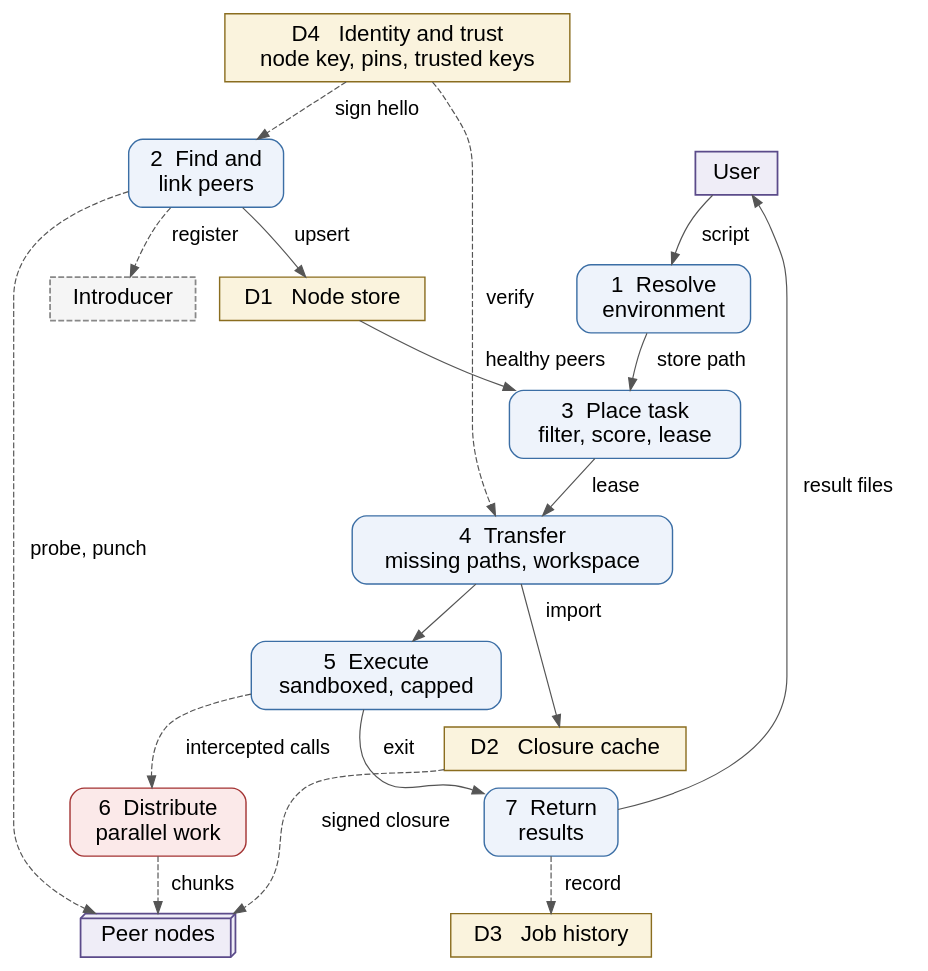
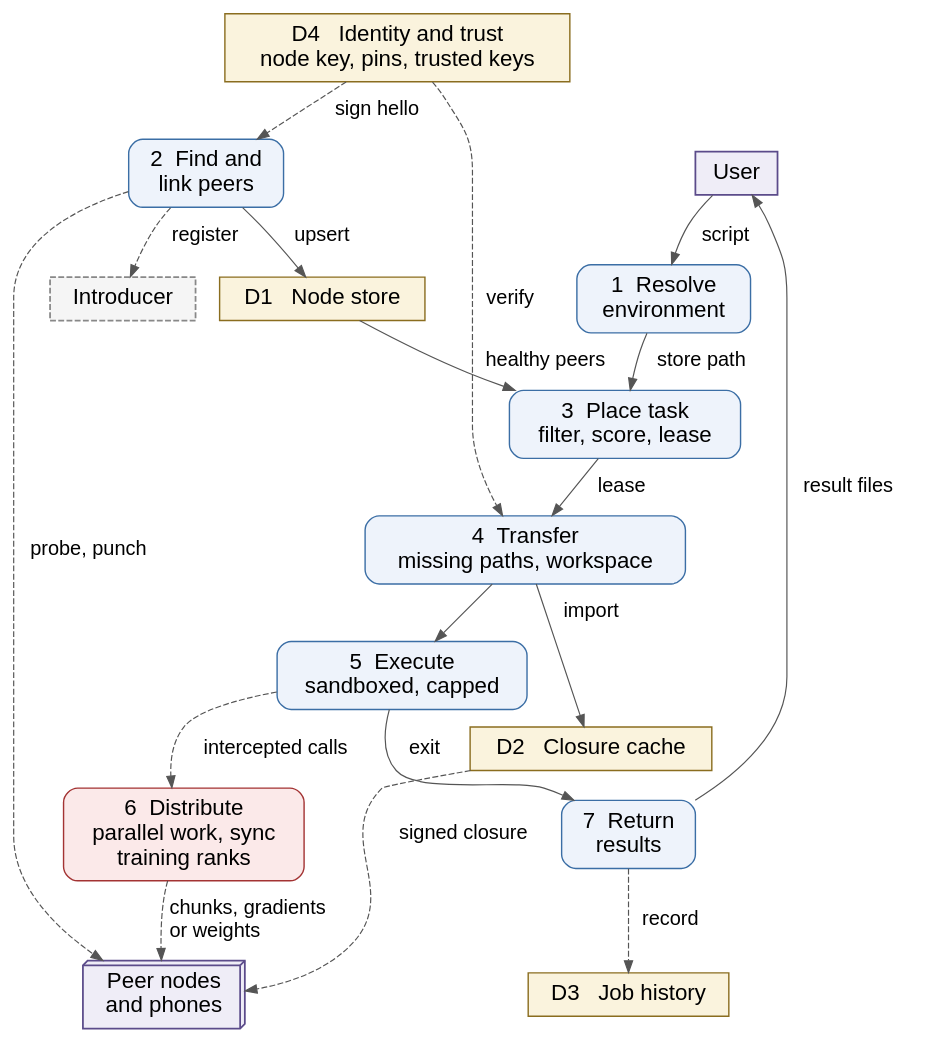
One commit to vinayakyadav2709/Pipedpeer changed the diagram in docs/diagrams/src/fig_3.3_dfd_level1.dot. Above: the diagram before and after it, drawn with Graphviz. The commit also changed 28 other files, not shown here.

```diff
--- a/docs/diagrams/src/fig_3.3_dfd_level1.dot
+++ b/docs/diagrams/src/fig_3.3_dfd_level1.dot
@@ -1,49 +1,49 @@
 // Figure 3.3 - Level 1 DFD (decomposition of the daemon).
 // Process 6 is placed before 7 so the numbering matches the reading order, and
 // the peer-facing edges leave from the right so none has to double back.
 digraph DFD1 {
   rankdir=TB; bgcolor="white"; nodesep=0.28; ranksep=0.42;
   node [fontname="Helvetica", fontsize=19, shape=box, style="rounded,filled",
         fillcolor="#eef3fb", color="#3b6ea5", penwidth=1.2, margin="0.18,0.11"];
   edge [fontname="Helvetica", fontsize=17, color="#555555"];
 
   user  [label="User", shape=box, style=filled, fillcolor="#efedf7", color="#5b4b8a", penwidth=1.5];
-  peers [label="Peer nodes", shape=box3d, style=filled, fillcolor="#efedf7", color="#5b4b8a", penwidth=1.5];
+  peers [label="Peer nodes\nand phones", shape=box3d, style=filled, fillcolor="#efedf7", color="#5b4b8a", penwidth=1.5];
   intro [label="Introducer", shape=box, style="filled,dashed", fillcolor="#f5f5f5", color="#888888", penwidth=1.5];
 
   p1 [label="1  Resolve\nenvironment"];
   p2 [label="2  Find and\nlink peers"];
   p3 [label="3  Place task\nfilter, score, lease"];
   p4 [label="4  Transfer\nmissing paths, workspace"];
   p5 [label="5  Execute\nsandboxed, capped"];
-  p6 [label="6  Distribute\nparallel work", fillcolor="#fbe9e9", color="#a33333"];
+  p6 [label="6  Distribute\nparallel work, sync\ntraining ranks", fillcolor="#fbe9e9", color="#a33333"];
   p7 [label="7  Return\nresults"];
 
   d1 [label="D1   Node store", shape=box, style=filled, fillcolor="#faf3dd", color="#8a6d1f"];
   d2 [label="D2   Closure cache", shape=box, style=filled, fillcolor="#faf3dd", color="#8a6d1f"];
   d3 [label="D3   Job history", shape=box, style=filled, fillcolor="#faf3dd", color="#8a6d1f"];
   d4 [label="D4   Identity and trust\nnode key, pins, trusted keys", shape=box, style=filled, fillcolor="#faf3dd", color="#8a6d1f"];
 
   user -> p1 [label="  script  "];
   p1 -> p3 [label="  store path  "];
   p2 -> d1 [label="  upsert  "];
   d4 -> p2 [label="  sign hello  ", style=dashed];
   d1 -> p3 [label="  healthy peers  "];
   p3 -> p4 [label="  lease  "];
   p4 -> d2 [label="  import  "];
   d4 -> p4 [label="  verify  ", style=dashed];
   p4 -> p5;
   p5 -> p6 [label="  intercepted calls  ", style=dashed];
   p6 -> p7 [style=invis];
   p5 -> p7 [label="  exit  "];
   p7 -> user [label="  result files  "];
   p7 -> d3 [label="  record  ", style=dashed];
 
   // Everything that talks to a peer leaves from the right-hand column.
   p2 -> intro [label="  register  ", style=dashed];
   p2 -> peers [label="  probe, punch  ", style=dashed];
   d2 -> peers [label="  signed closure  ", style=dashed];
-  p6 -> peers [label="  chunks  ", style=dashed];
+  p6 -> peers [label="  chunks, gradients\l  or weights\l", style=dashed];
 
   { rank=same; p6; p7; }
 }
```
